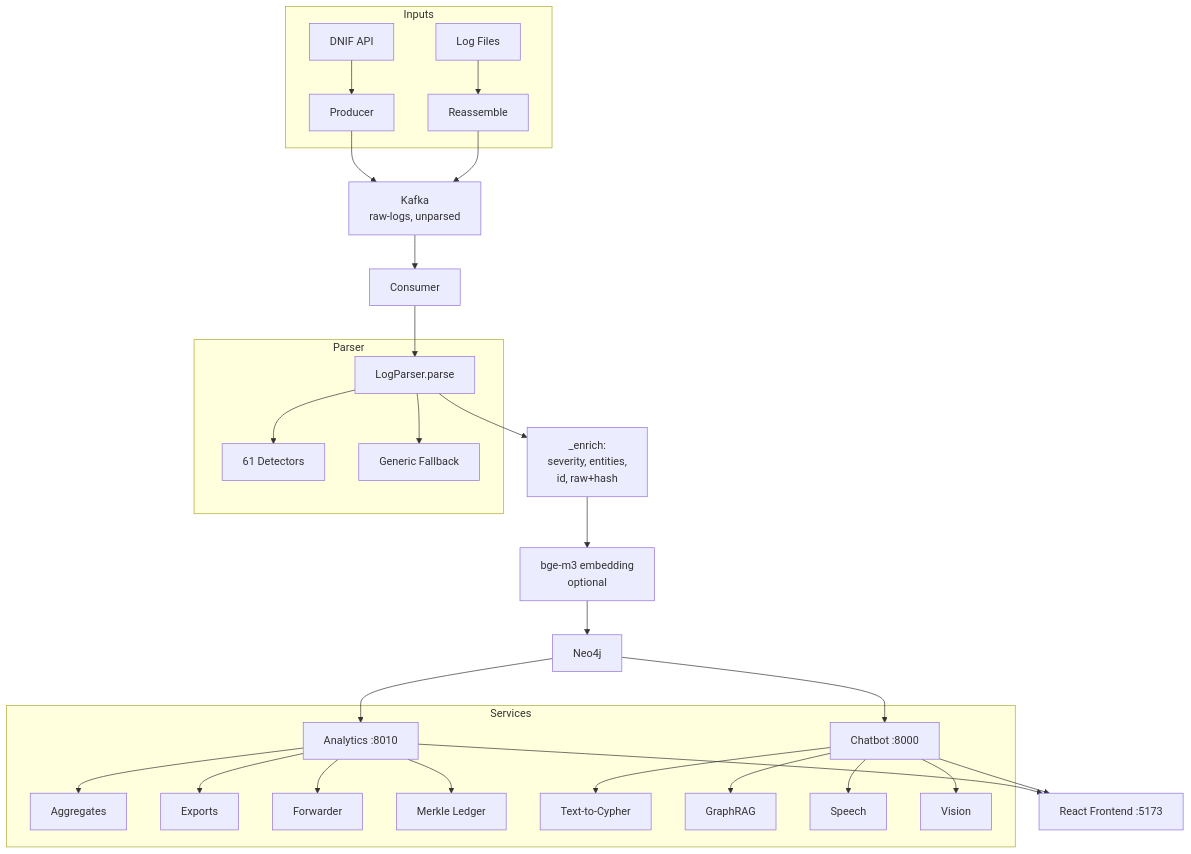
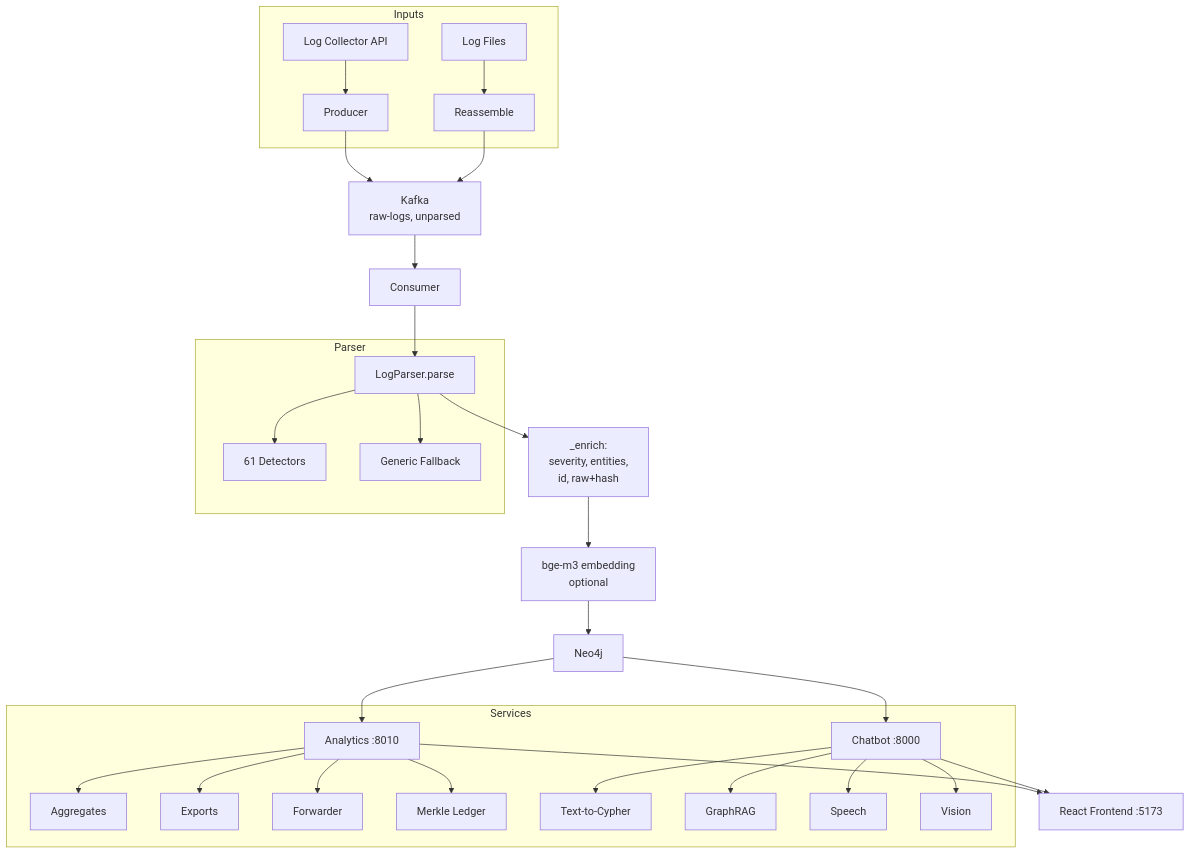
Before and after one commit to satvik-sharma-05/ULPF: the second of 2 diagrams in README.md, drawn with Mermaid. The commit also changed other lines of this file, not shown here.

First line of the commit message:
README: navigation index, and drop the DNIF references

````diff
--- a/README.md
+++ b/README.md
@@ -187,41 +260,41 @@
 ```mermaid
 flowchart TB
     subgraph Inputs
-        dnif[DNIF API] --> producer[Producer]
+        collector[Log Collector API] --> producer[Producer]
         files[Log Files] --> reassemble[Reassemble]
     end
     
     producer --> kafka[Kafka<br/>raw-logs, unparsed]
     reassemble --> kafka
     
     kafka --> consumer[Consumer]
     consumer --> parser[LogParser.parse]
     
     subgraph Parser
         parser --> detectors[61 Detectors]
         parser --> fallback[Generic Fallback]
     end
     
     parser --> enrich[_enrich:<br/>severity, entities,<br/>id, raw+hash]
     enrich --> embed[bge-m3 embedding<br/>optional]
     
     embed --> neo4j[Neo4j]
     
     neo4j --> analytics[Analytics :8010]
     neo4j --> chatbot[Chatbot :8000]
     
     subgraph Services
         analytics --> aggregates[Aggregates]
         analytics --> exports[Exports]
         analytics --> forwarder[Forwarder]
         analytics --> ledger[Merkle Ledger]
         
         chatbot --> text2cypher[Text-to-Cypher]
         chatbot --> graphrag[GraphRAG]
         chatbot --> speech[Speech]
         chatbot --> vision[Vision]
     end
     
     analytics --> frontend[React Frontend :5173]
     chatbot --> frontend
 ```
````
